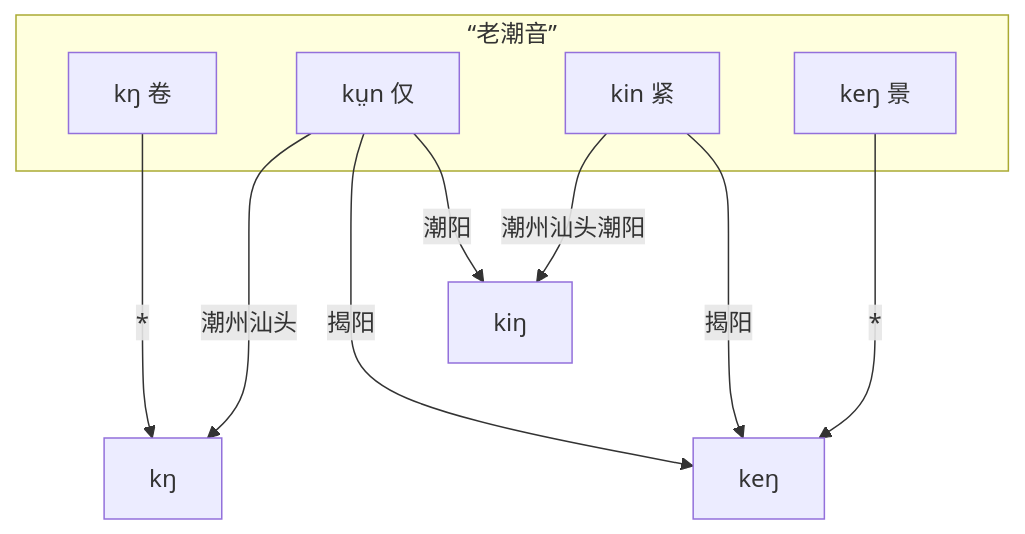
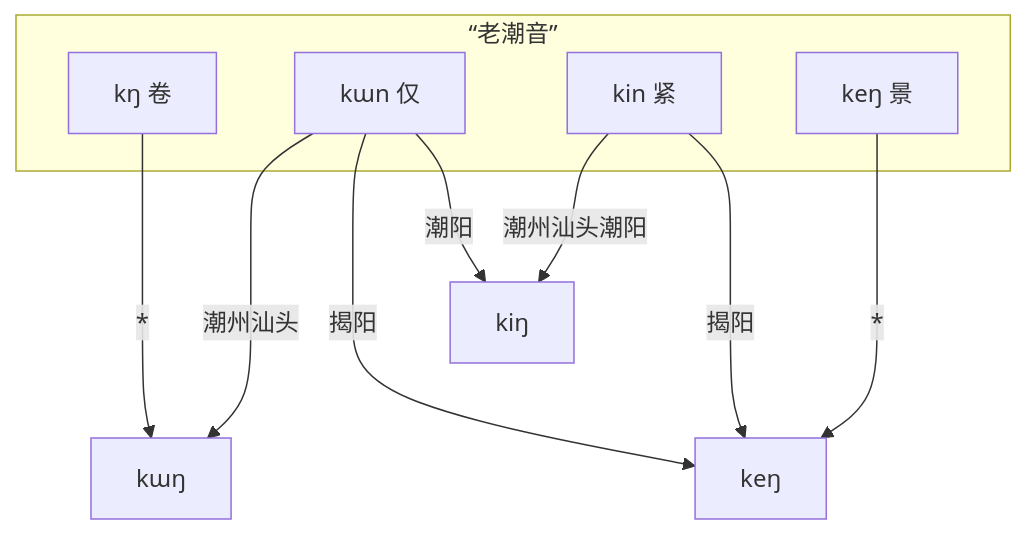
Before and after one commit to pujdict/pujdict: the second of 2 diagrams in src/doc/puj.md, drawn with Mermaid. The commit also changed other lines of this file, not shown here.

````diff
--- a/src/doc/puj.md
+++ b/src/doc/puj.md
@@ -52,19 +52,19 @@
 ```mermaid
 flowchart
     subgraph "“老潮音”"
         kng0["kŋ 卷"];
-        kvn0["kṳn 仅"];
+        kvn0["kɯn 仅"];
         kin0["kin 紧"];
         keng0["keŋ 景"];
     end
-    kng1[kŋ]
+    kng1[kɯŋ]
     king1[kiŋ]
     keng1[keŋ]
     kng0 --->|*| kng1;
     keng0 --->|*| keng1;
     kvn0 -->|潮州汕头| kng1;
     kvn0 -->|揭阳| keng1;
     kvn0 -->|潮阳| king1;
     kin0 -->|潮州汕头潮阳| king1;
     kin0 -->|揭阳| keng1;
 ```
````
